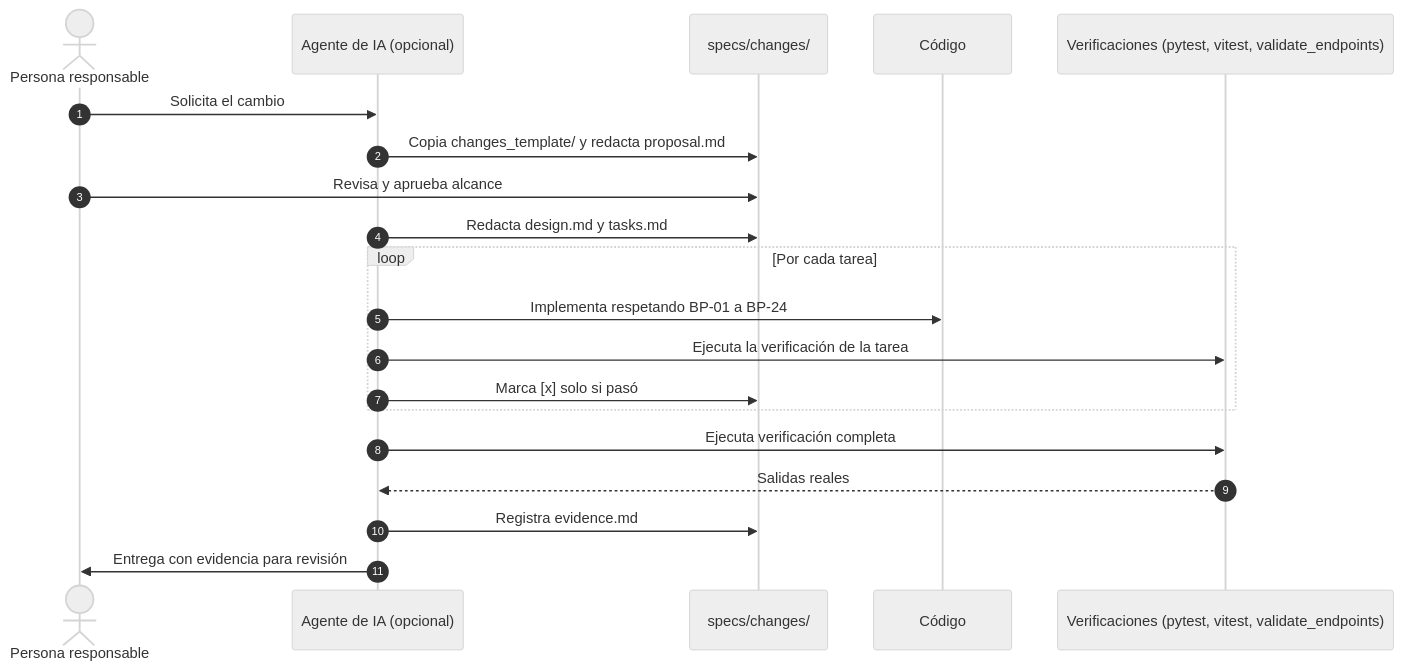
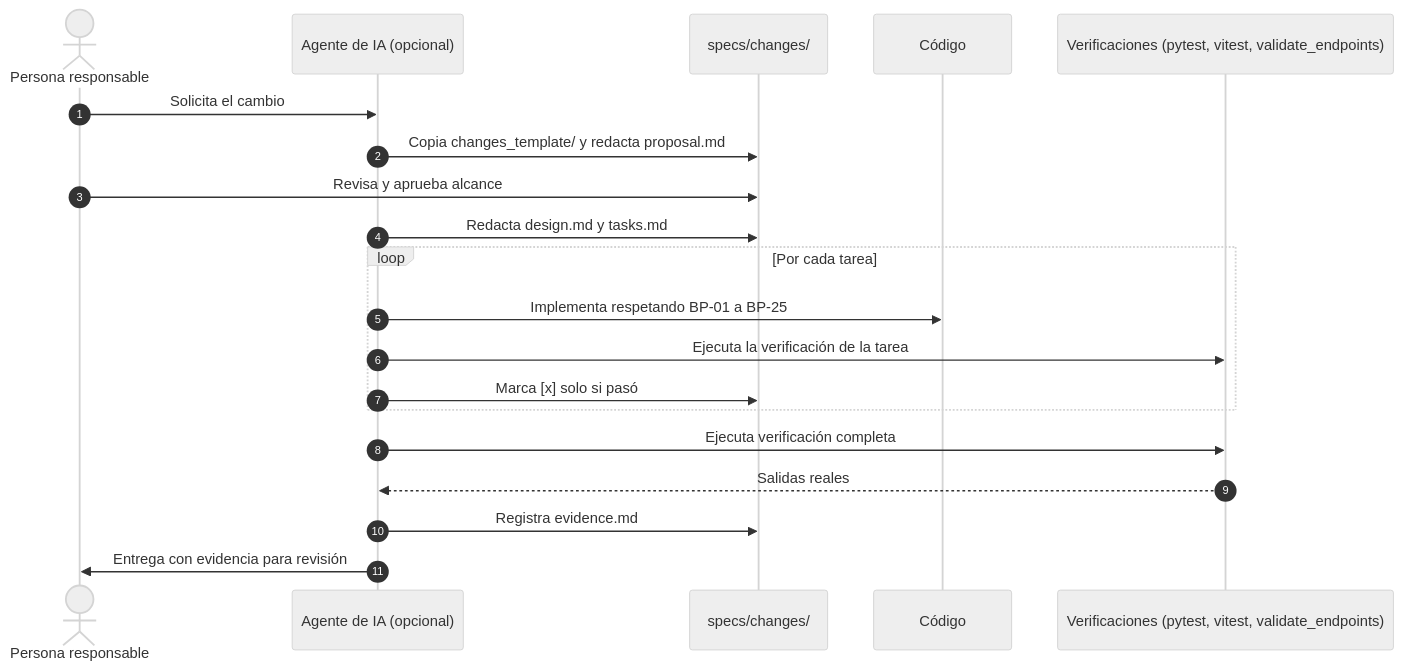
One commit to jnmontoy/sdd changed the diagram in greenfield/14_protocolo_cambios_atomicos_y_especificaciones_vivas.md. Above: the diagram before and after it, drawn with Mermaid (neutral theme). The commit also changed other lines of this file and 10 other files, not shown here.

````diff
--- a/greenfield/14_protocolo_cambios_atomicos_y_especificaciones_vivas.md
+++ b/greenfield/14_protocolo_cambios_atomicos_y_especificaciones_vivas.md
@@ -69,23 +69,23 @@
 ```mermaid
 sequenceDiagram
     autonumber
     actor Dev as Persona responsable
     participant IA as Agente de IA (opcional)
     participant Spec as specs/changes/
     participant Code as Código
     participant Gate as Verificaciones (pytest, vitest, validate_endpoints)
 
     Dev->>IA: Solicita el cambio
     IA->>Spec: Copia changes_template/ y redacta proposal.md
     Dev->>Spec: Revisa y aprueba alcance
     IA->>Spec: Redacta design.md y tasks.md
     loop Por cada tarea
-        IA->>Code: Implementa respetando BP-01 a BP-24
+        IA->>Code: Implementa respetando BP-01 a BP-25
         IA->>Gate: Ejecuta la verificación de la tarea
         IA->>Spec: Marca [x] solo si pasó
     end
     IA->>Gate: Ejecuta verificación completa
     Gate-->>IA: Salidas reales
     IA->>Spec: Registra evidence.md
     IA->>Dev: Entrega con evidencia para revisión
 ```
````
